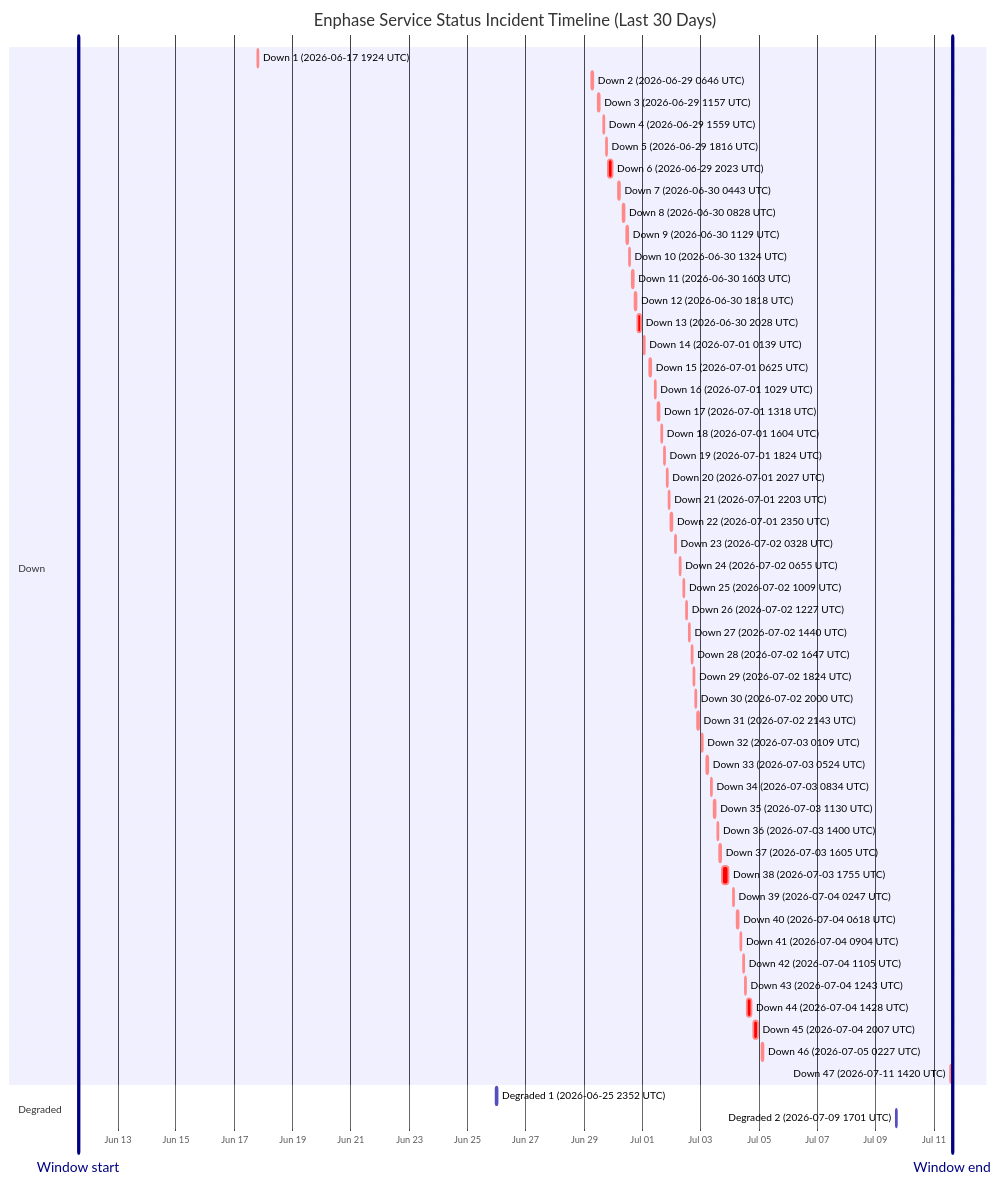
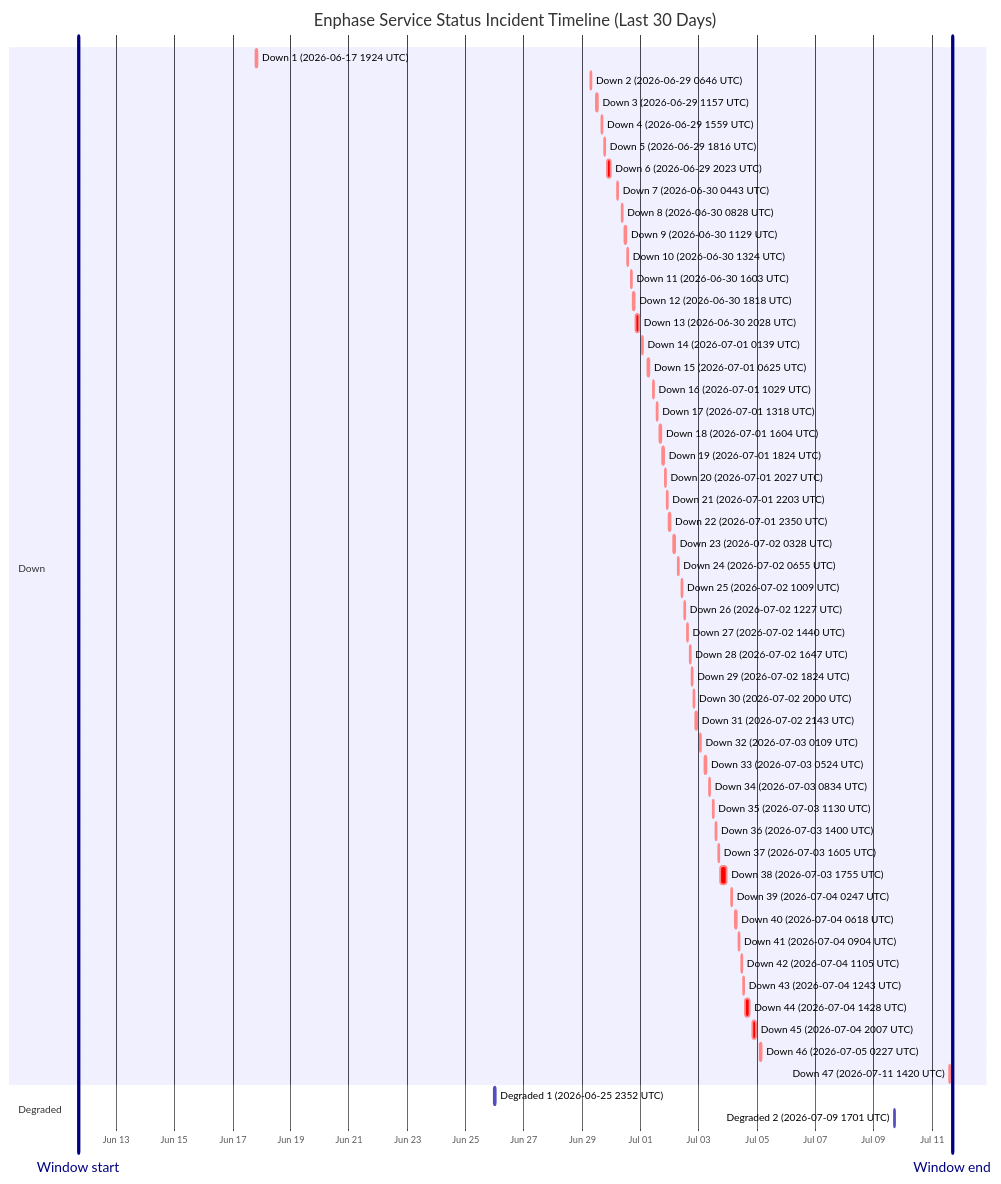
Before and after one commit to barneyonline/ha-enphase-energy: the diagram in wiki/Service-Status-History.md, drawn with Mermaid. The commit also changed other lines of this file and 3 other files, not shown here.

````diff
--- a/wiki/Service-Status-History.md
+++ b/wiki/Service-Status-History.md
@@ -14,59 +14,59 @@
 ```mermaid
 gantt
     title Enphase Service Status Incident Timeline (Last 30 Days)
     dateFormat  YYYY-MM-DDTHH:mm:ss
     axisFormat  %b %d
-    Window start :vert, window-start, 2026-06-11T15:30:12, 0ms
-    Window end :vert, window-end, 2026-07-11T15:30:12, 0ms
+    Window start :vert, window-start, 2026-06-11T16:56:14, 0ms
+    Window end :vert, window-end, 2026-07-11T16:56:14, 0ms
     section Down
     Down 1 (2026-06-17 1924 UTC) :crit, down-1, 2026-06-17T19:24:51, 60m
     Down 2 (2026-06-29 0646 UTC) :crit, down-2, 2026-06-29T06:46:18, 60m
     Down 3 (2026-06-29 1157 UTC) :crit, down-3, 2026-06-29T11:57:36, 60m
     Down 4 (2026-06-29 1559 UTC) :crit, down-4, 2026-06-29T15:59:02, 60m
     Down 5 (2026-06-29 1816 UTC) :crit, down-5, 2026-06-29T18:16:38, 60m
     Down 6 (2026-06-29 2023 UTC) :crit, down-6, 2026-06-29T20:23:16, 220m
     Down 7 (2026-06-30 0443 UTC) :crit, down-7, 2026-06-30T04:43:54, 60m
     Down 8 (2026-06-30 0828 UTC) :crit, down-8, 2026-06-30T08:28:43, 60m
     Down 9 (2026-06-30 1129 UTC) :crit, down-9, 2026-06-30T11:29:15, 60m
     Down 10 (2026-06-30 1324 UTC) :crit, down-10, 2026-06-30T13:24:25, 60m
     Down 11 (2026-06-30 1603 UTC) :crit, down-11, 2026-06-30T16:03:26, 60m
     Down 12 (2026-06-30 1818 UTC) :crit, down-12, 2026-06-30T18:18:39, 60m
     Down 13 (2026-06-30 2028 UTC) :crit, down-13, 2026-06-30T20:28:54, 171m
     Down 14 (2026-07-01 0139 UTC) :crit, down-14, 2026-07-01T01:39:18, 60m
     Down 15 (2026-07-01 0625 UTC) :crit, down-15, 2026-07-01T06:25:35, 60m
     Down 16 (2026-07-01 1029 UTC) :crit, down-16, 2026-07-01T10:29:24, 60m
     Down 17 (2026-07-01 1318 UTC) :crit, down-17, 2026-07-01T13:18:31, 60m
     Down 18 (2026-07-01 1604 UTC) :crit, down-18, 2026-07-01T16:04:29, 60m
     Down 19 (2026-07-01 1824 UTC) :crit, down-19, 2026-07-01T18:24:21, 60m
     Down 20 (2026-07-01 2027 UTC) :crit, down-20, 2026-07-01T20:27:17, 60m
     Down 21 (2026-07-01 2203 UTC) :crit, down-21, 2026-07-01T22:03:46, 60m
     Down 22 (2026-07-01 2350 UTC) :crit, down-22, 2026-07-01T23:50:52, 60m
     Down 23 (2026-07-02 0328 UTC) :crit, down-23, 2026-07-02T03:28:33, 60m
     Down 24 (2026-07-02 0655 UTC) :crit, down-24, 2026-07-02T06:55:07, 60m
     Down 25 (2026-07-02 1009 UTC) :crit, down-25, 2026-07-02T10:09:15, 60m
     Down 26 (2026-07-02 1227 UTC) :crit, down-26, 2026-07-02T12:27:49, 60m
     Down 27 (2026-07-02 1440 UTC) :crit, down-27, 2026-07-02T14:40:53, 60m
     Down 28 (2026-07-02 1647 UTC) :crit, down-28, 2026-07-02T16:47:47, 60m
     Down 29 (2026-07-02 1824 UTC) :crit, down-29, 2026-07-02T18:24:26, 60m
     Down 30 (2026-07-02 2000 UTC) :crit, down-30, 2026-07-02T20:00:57, 60m
     Down 31 (2026-07-02 2143 UTC) :crit, down-31, 2026-07-02T21:43:52, 80m
     Down 32 (2026-07-03 0109 UTC) :crit, down-32, 2026-07-03T01:09:19, 60m
     Down 33 (2026-07-03 0524 UTC) :crit, down-33, 2026-07-03T05:24:23, 60m
     Down 34 (2026-07-03 0834 UTC) :crit, down-34, 2026-07-03T08:34:05, 60m
     Down 35 (2026-07-03 1130 UTC) :crit, down-35, 2026-07-03T11:30:41, 60m
     Down 36 (2026-07-03 1400 UTC) :crit, down-36, 2026-07-03T14:00:48, 60m
     Down 37 (2026-07-03 1605 UTC) :crit, down-37, 2026-07-03T16:05:49, 60m
     Down 38 (2026-07-03 1755 UTC) :crit, down-38, 2026-07-03T17:55:54, 338m
     Down 39 (2026-07-04 0247 UTC) :crit, down-39, 2026-07-04T02:47:22, 60m
     Down 40 (2026-07-04 0618 UTC) :crit, down-40, 2026-07-04T06:18:09, 60m
     Down 41 (2026-07-04 0904 UTC) :crit, down-41, 2026-07-04T09:04:41, 60m
     Down 42 (2026-07-04 1105 UTC) :crit, down-42, 2026-07-04T11:05:21, 60m
     Down 43 (2026-07-04 1243 UTC) :crit, down-43, 2026-07-04T12:43:25, 60m
     Down 44 (2026-07-04 1428 UTC) :crit, down-44, 2026-07-04T14:28:07, 243m
     Down 45 (2026-07-04 2007 UTC) :crit, down-45, 2026-07-04T20:07:50, 206m
     Down 46 (2026-07-05 0227 UTC) :crit, down-46, 2026-07-05T02:27:32, 109m
     Down 47 (2026-07-11 1420 UTC) :crit, down-47, 2026-07-11T14:20:54, 69m
     section Degraded
     Degraded 1 (2026-06-25 2352 UTC) :active, degraded-1, 2026-06-25T23:52:01, 60m
     Degraded 2 (2026-07-09 1701 UTC) :active, degraded-2, 2026-07-09T17:01:02, 60m
 ```
````
